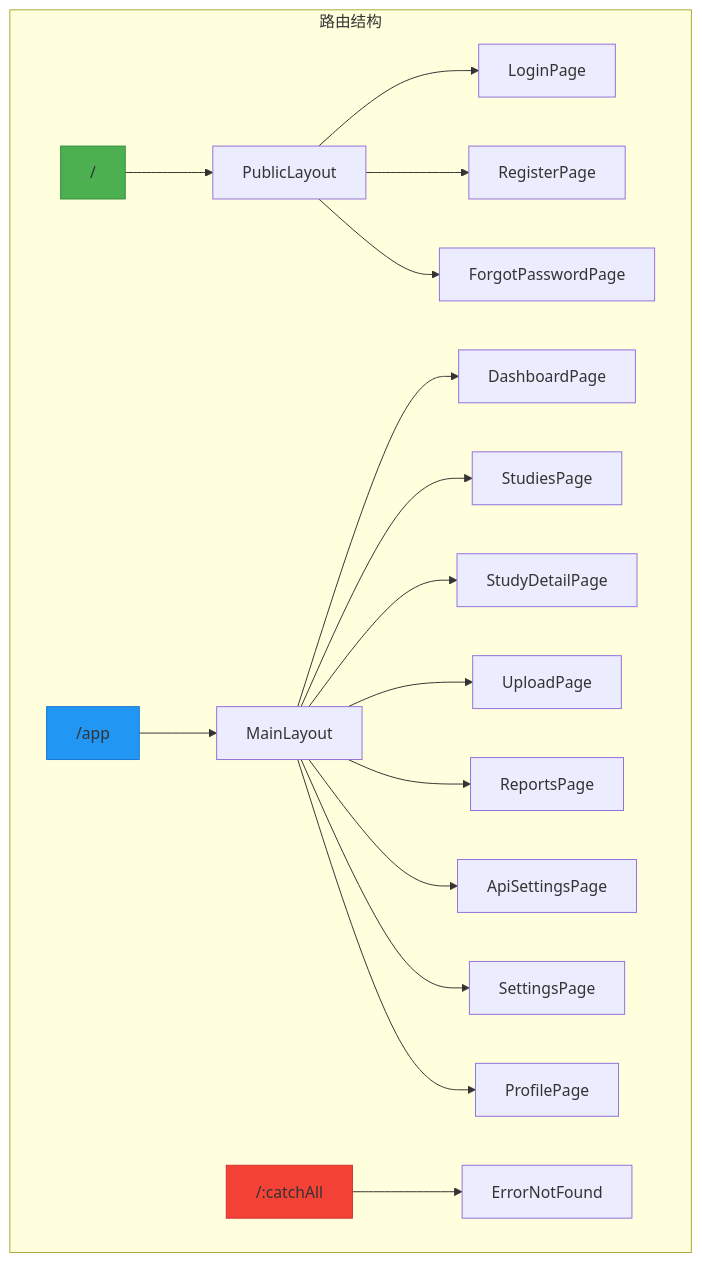
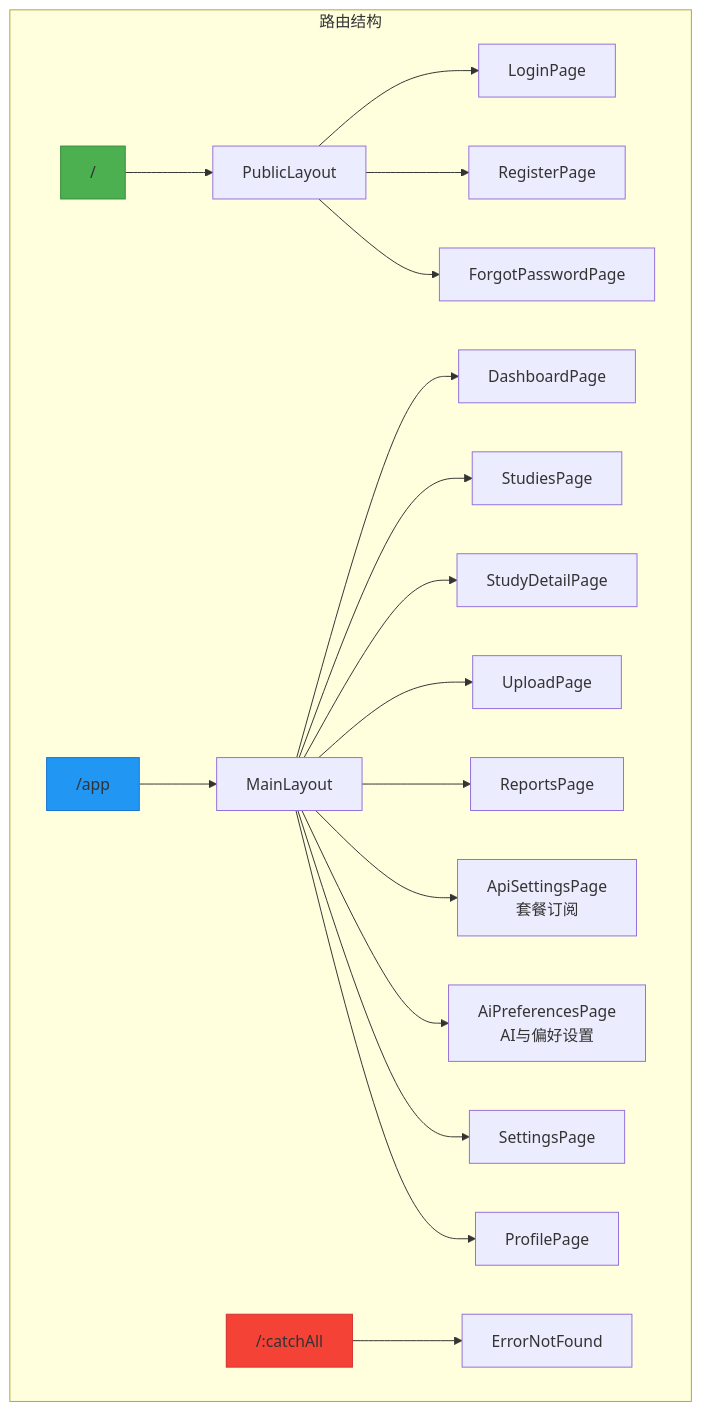
The first of 3 diagrams in wiki/前端架构/路由系统.md (xingranya/CervixDetectAI), drawn with Mermaid before and after one commit. The commit also changed other lines of this file and 9 other files, not shown here.

````diff
--- a/wiki/前端架构/路由系统.md
+++ b/wiki/前端架构/路由系统.md
@@ -27,22 +27,23 @@
 ```mermaid
 graph TB
     subgraph "路由结构"
         A["/"] --> B["PublicLayout"]
         B --> C["LoginPage"]
         B --> D["RegisterPage"]
         B --> E["ForgotPasswordPage"]
         F["/app"] --> G["MainLayout"]
         G --> H["DashboardPage"]
         G --> I["StudiesPage"]
         G --> J["StudyDetailPage"]
         G --> K["UploadPage"]
         G --> L["ReportsPage"]
-        G --> M["ApiSettingsPage"]
-        G --> N["SettingsPage"]
-        G --> O["ProfilePage"]
-        P["/:catchAll"] --> Q["ErrorNotFound"]
+        G --> M["ApiSettingsPage<br/>套餐订阅"]
+        G --> N["AiPreferencesPage<br/>AI与偏好设置"]
+        G --> O["SettingsPage"]
+        G --> P["ProfilePage"]
+        Q["/:catchAll"] --> R["ErrorNotFound"]
     end
 style A fill:#4CAF50,stroke:#388E3C
 style F fill:#2196F3,stroke:#1976D2
-style P fill:#F44336,stroke:#D32F2F
+style Q fill:#F44336,stroke:#D32F2F
 ```
````
